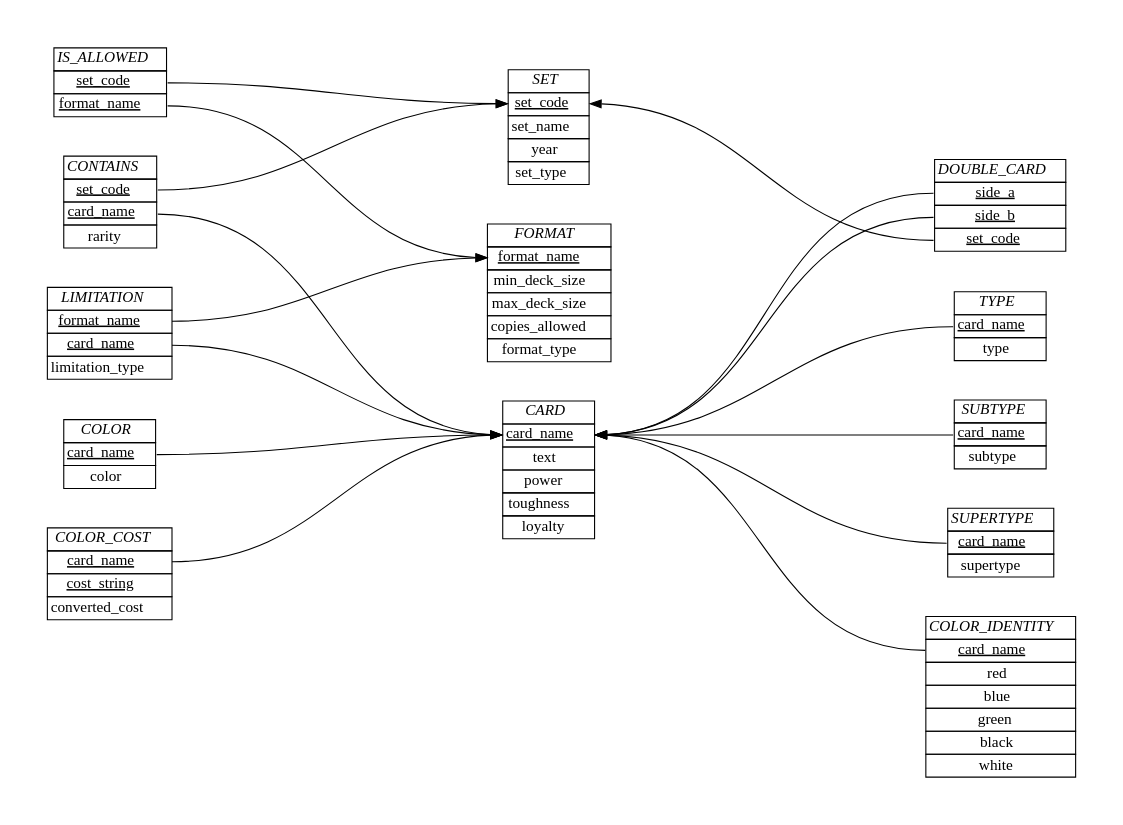
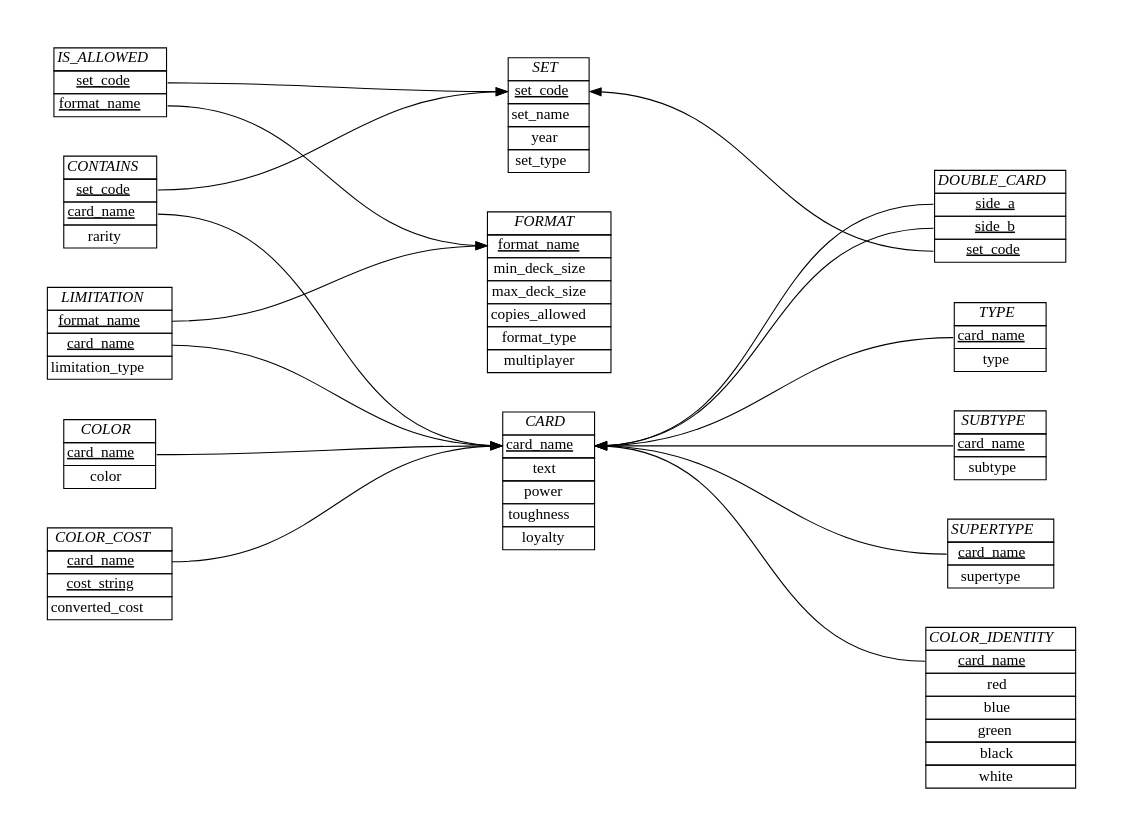
The diagram in schema/ER_diagram.dot (akilmarshall/trumark), drawn with Graphviz before and after one commit. The commit also changed 5 other files, not shown here.

```diff
--- a/schema/ER_diagram.dot
+++ b/schema/ER_diagram.dot
@@ -1,139 +1,140 @@
 digraph {
     graph [splines=true, pad="0.5", nodesep="0.5", ranksep="4"];
     node [shape=plain];
     rankdir=LR; 
 
     Format [label=<
         <table border="0" cellborder="1" cellspacing="0">
         <tr><td><i>FORMAT</i></td></tr>
         <tr><td port="1"><u>format_name</u></td></tr>
         <tr><td port="2">min_deck_size</td></tr>
         <tr><td port="3">max_deck_size</td></tr>
         <tr><td port="4">copies_allowed</td></tr>
         <tr><td port="5">format_type</td></tr>
+        <tr><td port="6">multiplayer</td></tr>
         </table>>];
 
     Set [label=<
         <table border="0" cellborder="1" cellspacing="0">
         <tr><td><i>SET</i></td></tr>
         <tr><td port="1"><u><font color="black">set_code</font></u></td></tr>
         <tr><td port="2"><font color="black">set_name</font></td></tr>
         <tr><td port="3">year</td></tr>
         <tr><td port="4">set_type</td></tr>
         </table>>];
 
     Card [label=<
         <table border="0" cellborder="1" cellspacing="0">
         <tr><td><i>CARD</i></td></tr>
         <tr><td port="1"><u><font color="black">card_name</font></u></td></tr>
         <tr><td port="2">text</td></tr>
         <tr><td port="3">power</td></tr>
         <tr><td port="4">toughness</td></tr>
         <tr><td port="5">loyalty</td></tr>
         </table>>];
 
     Contains [label=<
         <table border="0" cellborder="1" cellspacing="0">
         <tr><td><i>CONTAINS</i></td></tr>
         <tr><td port="1"><u>set_code</u></td></tr>
         <tr><td port="2"><u>card_name</u></td></tr>
         <tr><td port="3">rarity</td></tr>
         </table>>];
 
     Is_allowed [label=<
         <table border="0" cellborder="1" cellspacing="0">
         <tr><td><i>IS_ALLOWED</i></td></tr>
         <tr><td port="1"><u>set_code</u></td></tr>
         <tr><td port="2"><u>format_name</u></td></tr>
         </table>>];
 
     Double_card [label=<
         <table border="0" cellborder="1" cellspacing="0">
         <tr><td><i>DOUBLE_CARD</i></td></tr>
         <tr><td port="1"><u>side_a</u></td></tr>
         <tr><td port="2"><u>side_b</u></td></tr>
         <tr><td port="3"><u>set_code</u></td></tr>
         </table>>];
 
     Limitation [label=< <table border="0" cellborder="1" cellspacing="0">
     <tr><td><i>LIMITATION</i></td></tr>
     <tr><td port="1"><u>format_name</u></td></tr>
     <tr><td port="2"><u>card_name</u></td></tr>
     <tr><td port="3">limitation_type</td></tr>
     </table>>];
 
     Type [label=<
         <table border="0" cellborder="1" cellspacing="0">
         <tr><td><i>TYPE</i></td></tr>
         <tr><td port="1"><u>card_name</u></td></tr>
         <tr><td port="2">type</td></tr>
         </table>>];
 
     Subtype [label=<
         <table border="0" cellborder="1" cellspacing="0">
         <tr><td><i>SUBTYPE</i></td></tr>
         <tr><td port="1"><u>card_name</u></td></tr>
         <tr><td port="2">subtype</td></tr>
         </table>>];
 
     Supertype [label=<
         <table border="0" cellborder="1" cellspacing="0">
         <tr><td><i>SUPERTYPE</i></td></tr>
         <tr><td port="1"><u>card_name</u></td></tr>
         <tr><td port="2">supertype</td></tr>
         </table>>];
 
     Color_identity [label=<
         <table border="0" cellborder="1" cellspacing="0">
         <tr><td><i>COLOR_IDENTITY</i></td></tr>
         <tr><td port="1"><u>card_name</u></td></tr>
         <tr><td port="2">red</td></tr>
         <tr><td port="3">blue</td></tr>
         <tr><td port="4">green</td></tr>
         <tr><td port="5">black</td></tr>
         <tr><td port="6">white</td></tr>
         </table>>];
 
     Color_cost [label=<
         <table border="0" cellborder="1" cellspacing="0">
         <tr><td><i>COLOR_COST</i></td></tr>
         <tr><td port="1"><u>card_name</u></td></tr>
         <tr><td port="2"><u>cost_string</u></td></tr>
         <tr><td port="9">converted_cost</td></tr>
         </table>>];
 
     Color [label=<
         <table border="0" cellborder="1" cellspacing="0">
         <tr><td><i>COLOR</i></td></tr>
         <tr><td port="1"><u>card_name</u></td></tr>
         <tr><td port="2">color</td></tr>
         </table>>];
 
     Is_allowed:1 -> Set:1 [color=black];
     Is_allowed:2 -> Format:1;
 
     Contains:1 -> Set:1 [color=black];
     Contains:2 -> Card:1;
 
     Limitation:1 -> Format:1;
     Limitation:2 -> Card:1;
 
     Color:1 -> Card:1;
 
     Color_cost:1 -> Card:1;
 
     edge [dir="back"];
 
     Card:1 -> Double_card:1;
     Card:1 -> Double_card:2;
     Set:1 -> Double_card:3;
 
 
     Card:1 -> Subtype:1;
 
     Card:1 -> Type:1;
 
     Card:1 -> Supertype:1 ;
 
     Card:1 -> Color_identity:1;
 }
```
